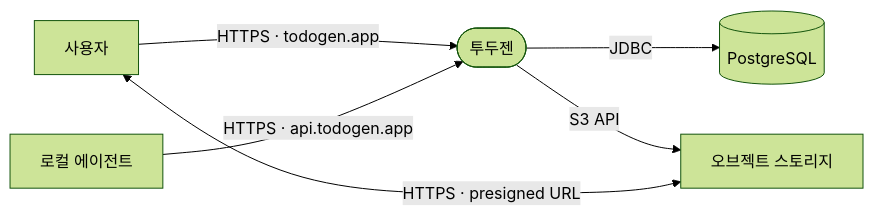
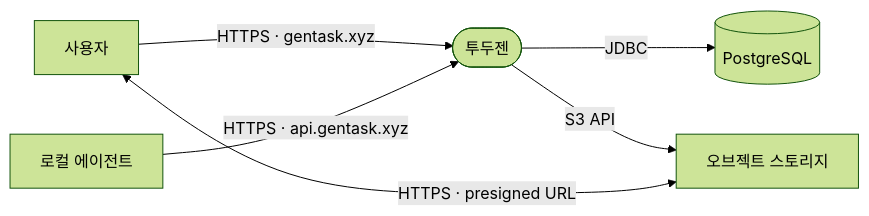
Before and after one commit to dev-goraebap/gentask: the diagram in docs/architecture/03-context-and-scope.md, drawn with Mermaid (forest theme). The commit also changed other lines of this file and 327 other files, not shown here.

````diff
--- a/docs/architecture/03-context-and-scope.md
+++ b/docs/architecture/03-context-and-scope.md
@@ -5,14 +5,14 @@
 ```mermaid
 flowchart LR
     user["사용자"]
     agent["로컬 에이전트"]
-    todogen(["투두젠"])
+    gentask(["투두젠"])
     storage["오브젝트 스토리지"]
     db[("PostgreSQL")]
 
-    user -- "HTTPS · todogen.app" --> todogen
-    agent -- "HTTPS · api.todogen.app" --> todogen
-    todogen -- "JDBC" --> db
-    todogen -- "S3 API" --> storage
+    user -- "HTTPS · gentask.xyz" --> gentask
+    agent -- "HTTPS · api.gentask.xyz" --> gentask
+    gentask -- "JDBC" --> db
+    gentask -- "S3 API" --> storage
     user <-- "HTTPS · presigned URL" --> storage
 ```
````
